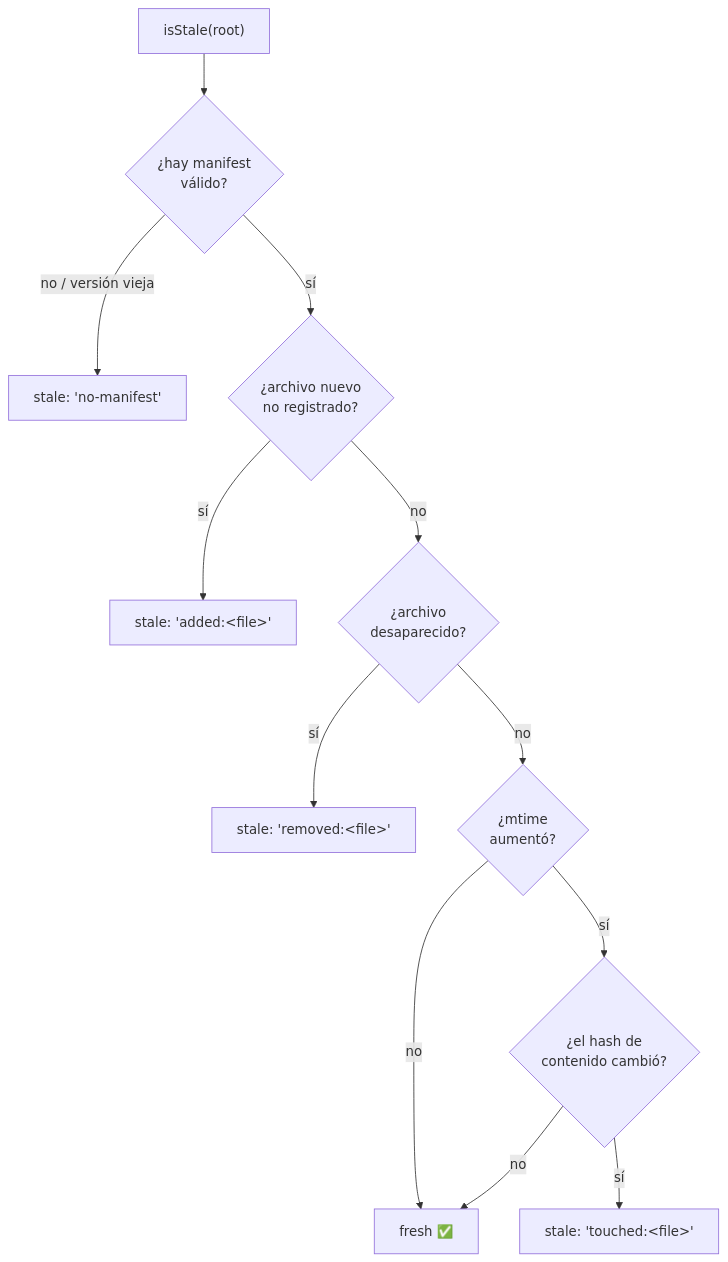
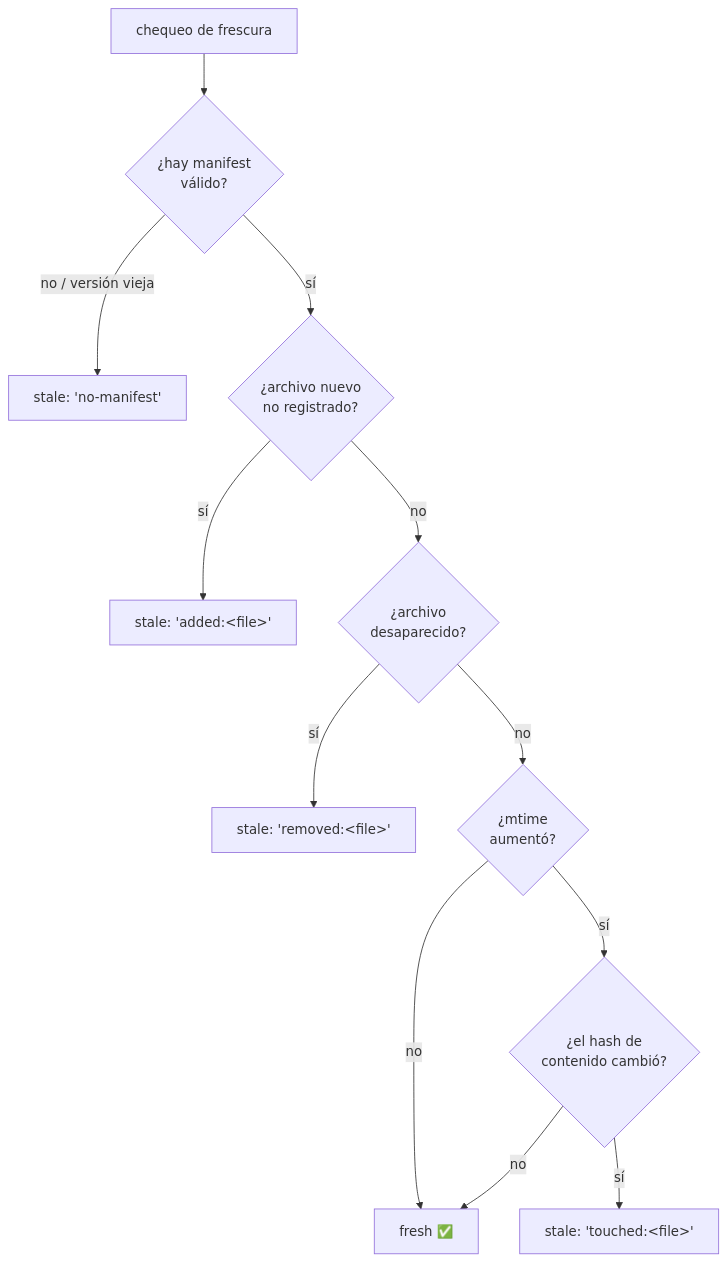
Before and after one commit to Kolimar/leina: the fourth of 5 diagrams in docs/concepts/03-busqueda-y-consultas.md, drawn with Mermaid. The commit also changed other lines of this file and 22 other files, not shown here.

````diff
--- a/docs/concepts/03-busqueda-y-consultas.md
+++ b/docs/concepts/03-busqueda-y-consultas.md
@@ -108,14 +107,14 @@
 ```mermaid
 flowchart TD
-    start["isStale(root)"] --> man{¿hay manifest<br/>válido?}
+    start["chequeo de frescura"] --> man{¿hay manifest<br/>válido?}
     man -->|no / versión vieja| stale1["stale: 'no-manifest'"]
     man -->|sí| added{¿archivo nuevo<br/>no registrado?}
     added -->|sí| stale2["stale: 'added:&lt;file&gt;'"]
     added -->|no| gone{¿archivo<br/>desaparecido?}
     gone -->|sí| stale3["stale: 'removed:&lt;file&gt;'"]
     gone -->|no| mt{¿mtime<br/>aumentó?}
     mt -->|no| fresh["fresh ✅"]
     mt -->|sí| hash{¿el hash de<br/>contenido cambió?}
     hash -->|no| fresh
     hash -->|sí| stale4["stale: 'touched:&lt;file&gt;'"]
 ```
````
